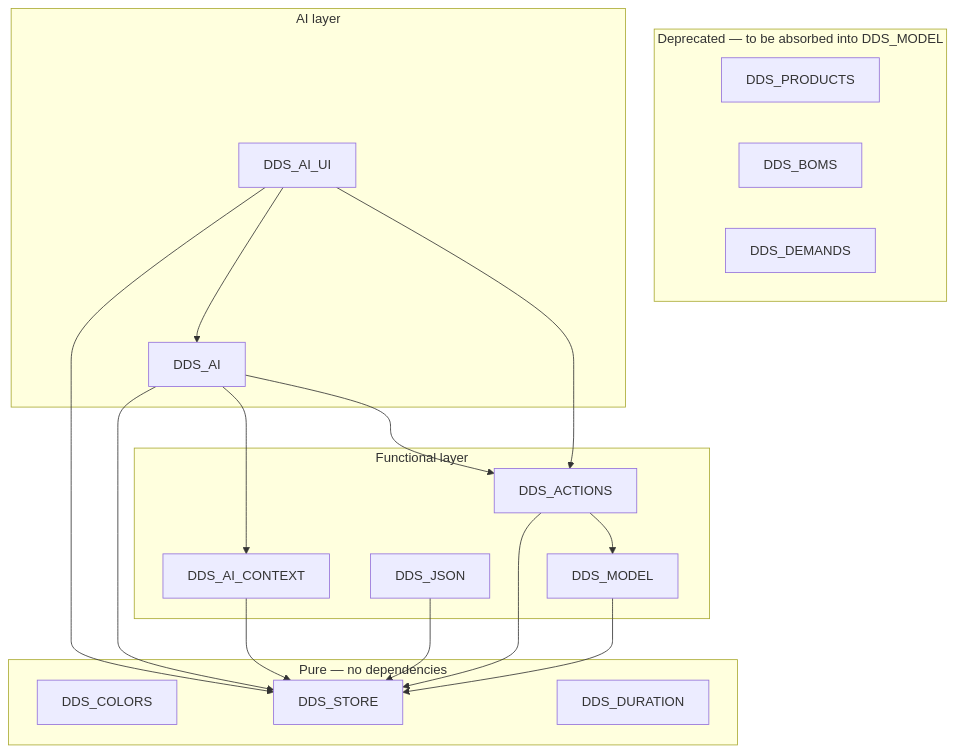
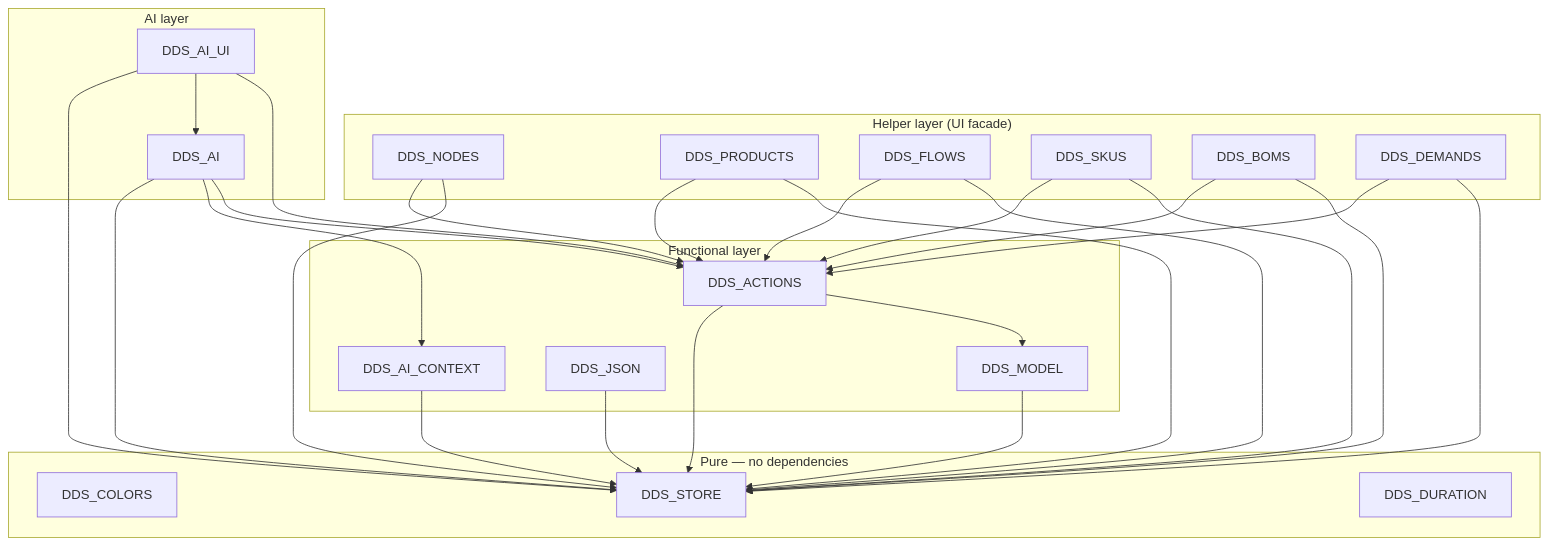
The diagram in docs/DDScope_Modules.md (rlequette-t4b/ddscope-doc), drawn with Mermaid before and after one commit. The commit also changed other lines of this file and 2 other files, not shown here.

Commit message:
feat: update DDScope documentation for versioning and introduce helper layer modules

````diff
--- a/docs/DDScope_Modules.md
+++ b/docs/DDScope_Modules.md
@@ -59,41 +74,57 @@
 ```mermaid
 graph TD
 
   subgraph Pure["Pure — no dependencies"]
     DDS_COLORS
     DDS_STORE
     DDS_DURATION
   end
 
   subgraph Functional["Functional layer"]
     DDS_MODEL
     DDS_ACTIONS
     DDS_JSON
     DDS_AI_CONTEXT
   end
 
-  subgraph Deprecated["Deprecated — to be absorbed into DDS_MODEL"]
+  subgraph Helpers["Helper layer (UI facade)"]
+    DDS_NODES
     DDS_PRODUCTS
+    DDS_FLOWS
+    DDS_SKUS
     DDS_BOMS
     DDS_DEMANDS
   end
 
   subgraph AI["AI layer"]
     DDS_AI
     DDS_AI_UI
   end
 
   DDS_MODEL       --> DDS_STORE
   DDS_ACTIONS     --> DDS_STORE
   DDS_ACTIONS     --> DDS_MODEL
   DDS_JSON        --> DDS_STORE
   DDS_AI_CONTEXT  --> DDS_STORE
 
+  DDS_NODES    --> DDS_ACTIONS
+  DDS_NODES    --> DDS_STORE
+  DDS_PRODUCTS --> DDS_ACTIONS
+  DDS_PRODUCTS --> DDS_STORE
+  DDS_FLOWS    --> DDS_ACTIONS
+  DDS_FLOWS    --> DDS_STORE
+  DDS_SKUS     --> DDS_ACTIONS
+  DDS_SKUS     --> DDS_STORE
+  DDS_BOMS     --> DDS_ACTIONS
+  DDS_BOMS     --> DDS_STORE
+  DDS_DEMANDS  --> DDS_ACTIONS
+  DDS_DEMANDS  --> DDS_STORE
+
   DDS_AI          --> DDS_STORE
   DDS_AI          --> DDS_AI_CONTEXT
   DDS_AI          --> DDS_ACTIONS
 
   DDS_AI_UI       --> DDS_STORE
   DDS_AI_UI       --> DDS_AI
   DDS_AI_UI       --> DDS_ACTIONS
 ```
````
